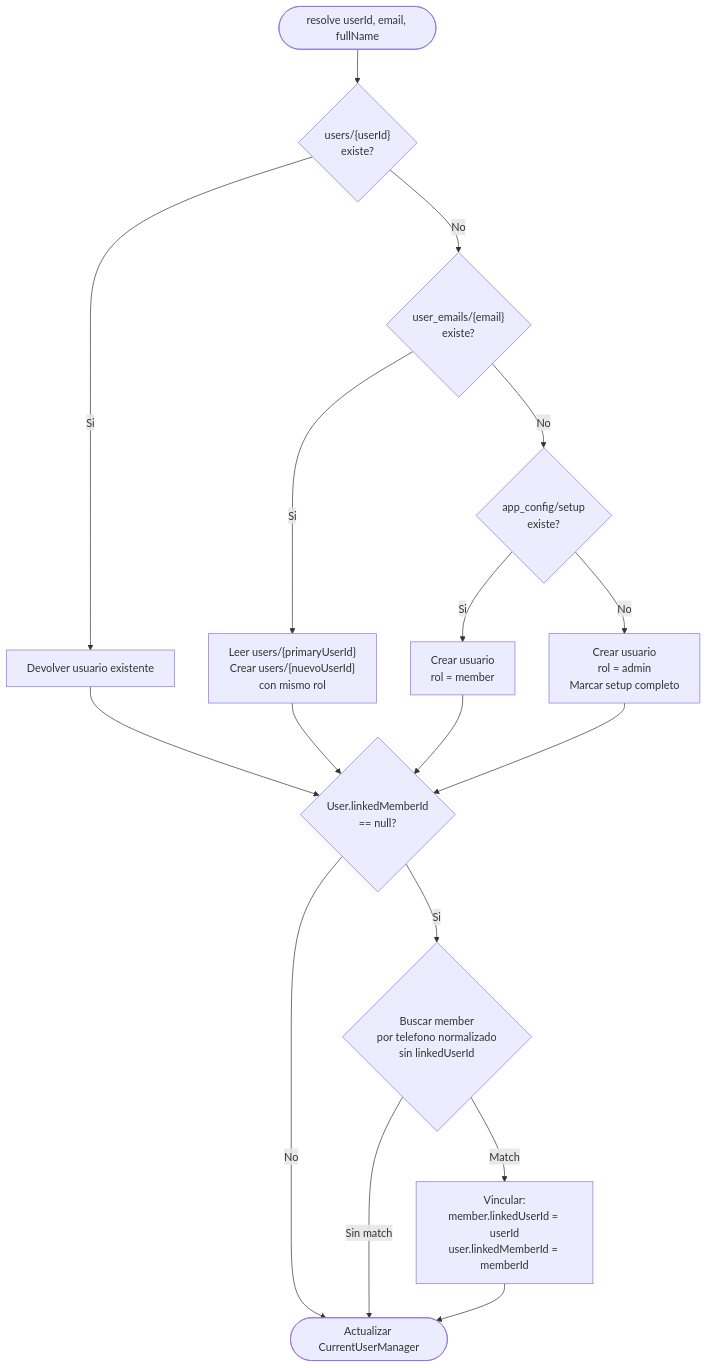
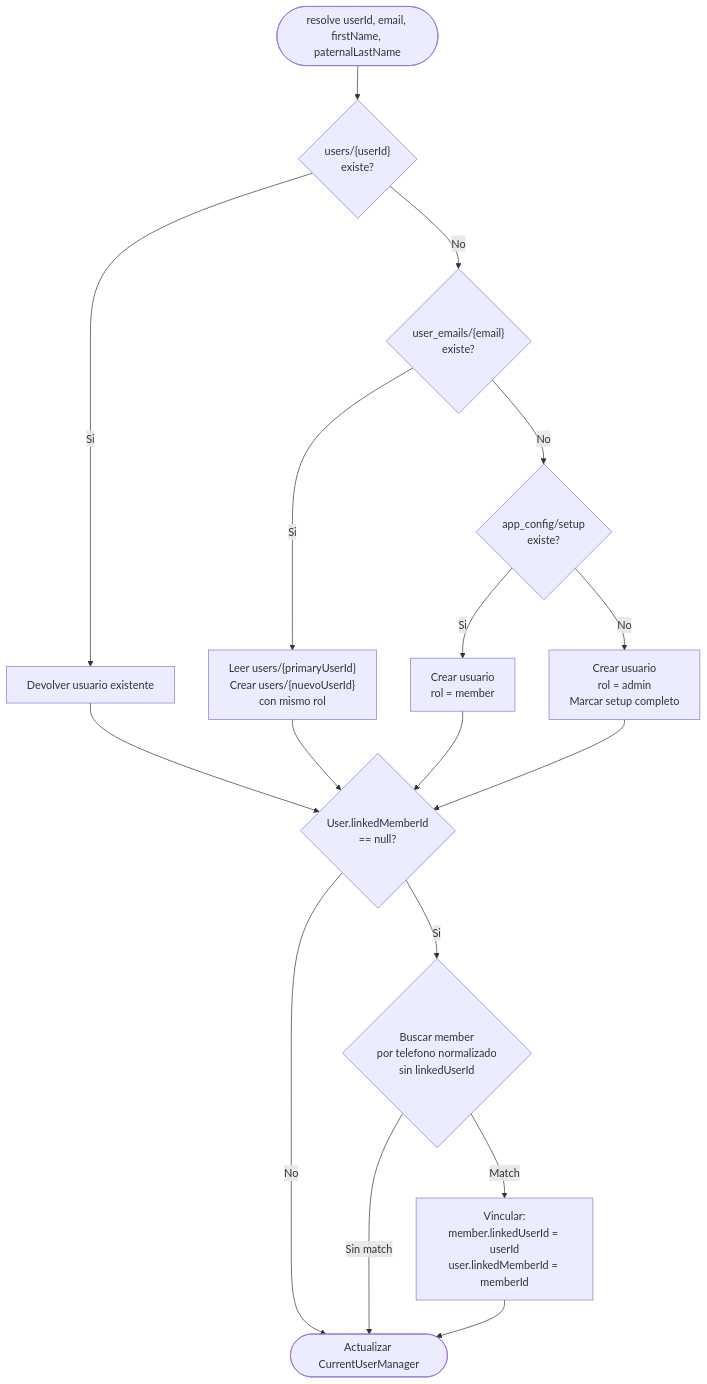
The diagram in knowledge/ios-implementation/03-session-resolver.md (fsaldivar-dev/sajarubox-mcp), drawn with Mermaid before and after one commit. The commit also changed other lines of this file and 5 other files, not shown here.

First line of the commit message:
docs: unified user schema, roles update, cross-platform field mapping

````diff
--- a/knowledge/ios-implementation/03-session-resolver.md
+++ b/knowledge/ios-implementation/03-session-resolver.md
@@ -204,22 +230,22 @@
 ```mermaid
 flowchart TD
-    Start([resolve userId, email, fullName]) --> Step1{"users/{userId}\nexiste?"}
+    Start([resolve userId, email, firstName, paternalLastName]) --> Step1{"users/{userId}\nexiste?"}
     Step1 -->|Si| ExistingUser[Devolver usuario existente]
     Step1 -->|No| Step2{"user_emails/{email}\nexiste?"}
     Step2 -->|Si| SyncUser["Leer users/{primaryUserId}\nCrear users/{nuevoUserId}\ncon mismo rol"]
     Step2 -->|No| Step3{"app_config/setup\nexiste?"}
     Step3 -->|Si| CreateMember["Crear usuario\nrol = member"]
     Step3 -->|No| CreateAdmin["Crear usuario\nrol = admin\nMarcar setup completo"]
 
     ExistingUser --> Step4
     SyncUser --> Step4
     CreateMember --> Step4
     CreateAdmin --> Step4
 
     Step4{"User.linkedMemberId\n== null?"}
     Step4 -->|No| Done([Actualizar CurrentUserManager])
     Step4 -->|Si| SearchPhone{"Buscar member\npor telefono normalizado\nsin linkedUserId"}
     SearchPhone -->|Match| LinkBoth["Vincular:\nmember.linkedUserId = userId\nuser.linkedMemberId = memberId"]
     SearchPhone -->|Sin match| Done
     LinkBoth --> Done
 ```
````
